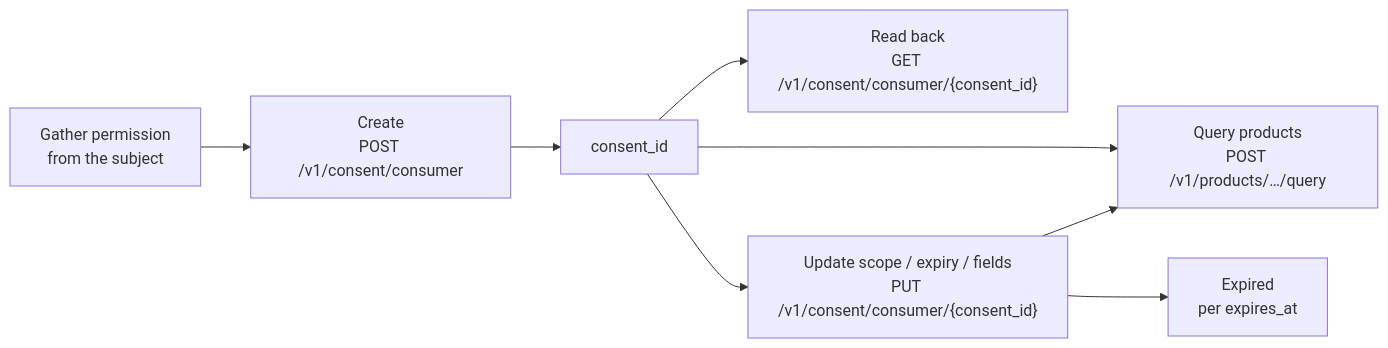
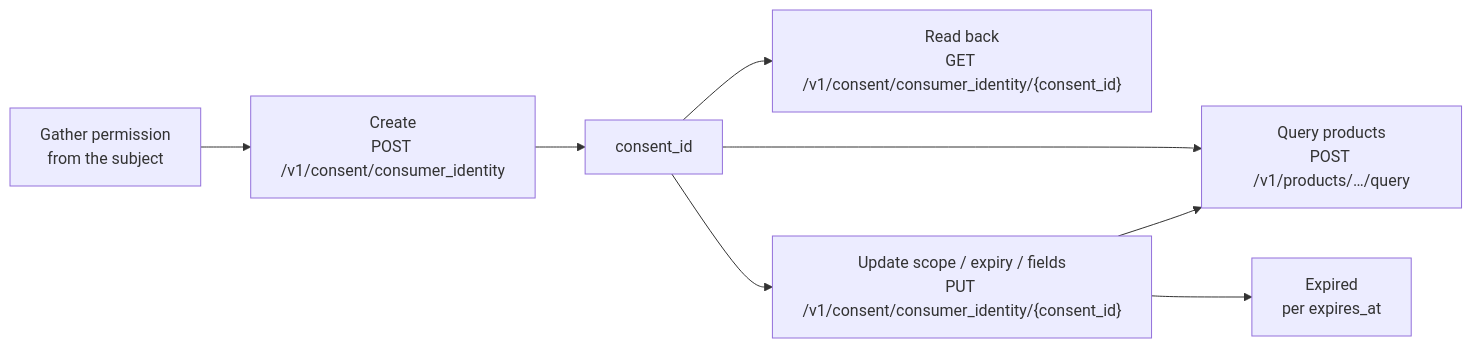
One commit to solo-finance/docs changed the diagram in concepts/identity/consent.mdx. Above: the diagram before and after it, drawn with Mermaid. The commit also changed other lines of this file and 144 other files, not shown here.

````diff
--- a/concepts/identity/consent.mdx
+++ b/concepts/identity/consent.mdx
@@ -32,10 +32,10 @@
 ```mermaid
 flowchart LR
-    A[Gather permission<br/>from the subject] --> B["Create<br/>POST /v1/consent/consumer"]
+    A[Gather permission<br/>from the subject] --> B["Create<br/>POST /v1/consent/consumer_identity"]
     B --> C[consent_id]
     C --> D["Query products<br/>POST /v1/products/…/query"]
-    C --> E["Read back<br/>GET /v1/consent/consumer/{consent_id}"]
-    C --> F["Update scope / expiry / fields<br/>PUT /v1/consent/consumer/{consent_id}"]
+    C --> E["Read back<br/>GET /v1/consent/consumer_identity/{consent_id}"]
+    C --> F["Update scope / expiry / fields<br/>PUT /v1/consent/consumer_identity/{consent_id}"]
     F --> D
     F --> G[Expired<br/>per expires_at]
 ```
````
